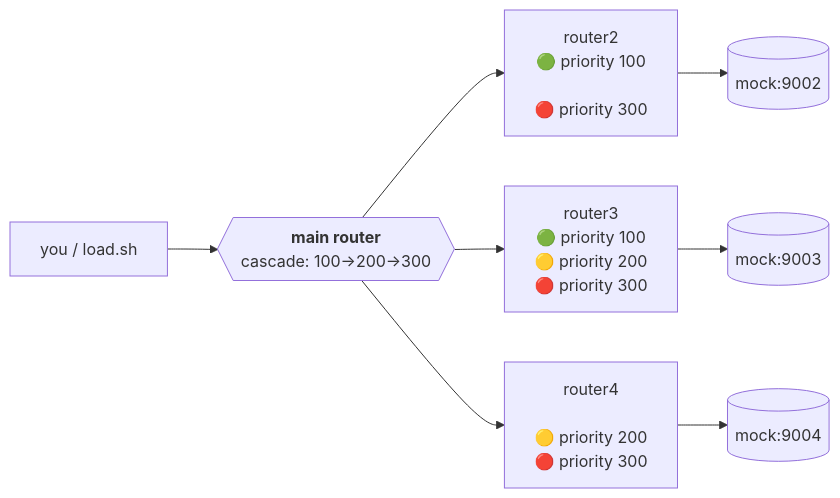
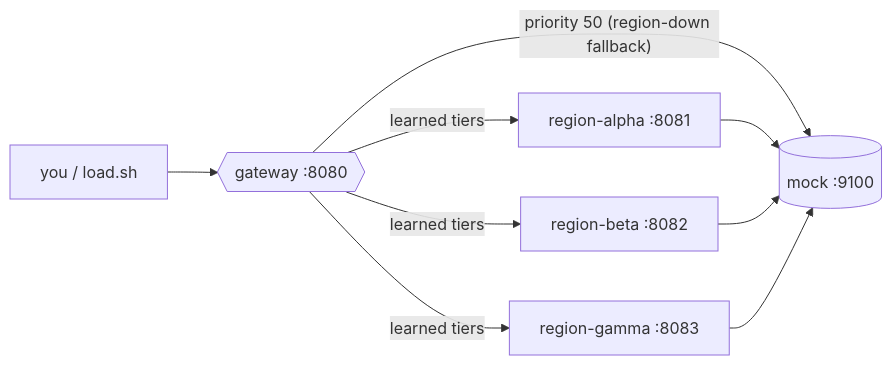
One commit to MiXaiLL76/auto_ai_router changed the diagram in examples/chain_mock/README.md. Above: the diagram before and after it, drawn with Mermaid. The commit also changed other lines of this file and 11 other files, not shown here.

````diff
--- a/examples/chain_mock/README.md
+++ b/examples/chain_mock/README.md
@@ -7,12 +15,13 @@
 ```mermaid
 graph LR
-    Client["you / load.sh"] --> Main{{"<b>main router</b><br/>cascade: 100→200→300"}}
+    Client["you / load.sh"] --> GW{{"gateway :8080"}}
 
-    Main --> R2["router2<br/>🟢 priority 100\n\n🔴 priority 300"]
-    Main --> R3["router3<br/>🟢 priority 100\n🟡 priority 200\n🔴 priority 300"]
-    Main --> R4["router4<br/>\n🟡 priority 200\n🔴 priority 300"]
+    GW -->|learned tiers| A["region-alpha :8081"]
+    GW -->|learned tiers| B["region-beta :8082"]
+    GW -->|learned tiers| C["region-gamma :8083"]
+    GW -->|"priority 50 (region-down fallback)"| MK[("mock :9100")]
 
-    R2 --> M2[("mock:9002")]
-    R3 --> M3[("mock:9003")]
-    R4 --> M4[("mock:9004")]
+    A --> MK
+    B --> MK
+    C --> MK
 ```
````
